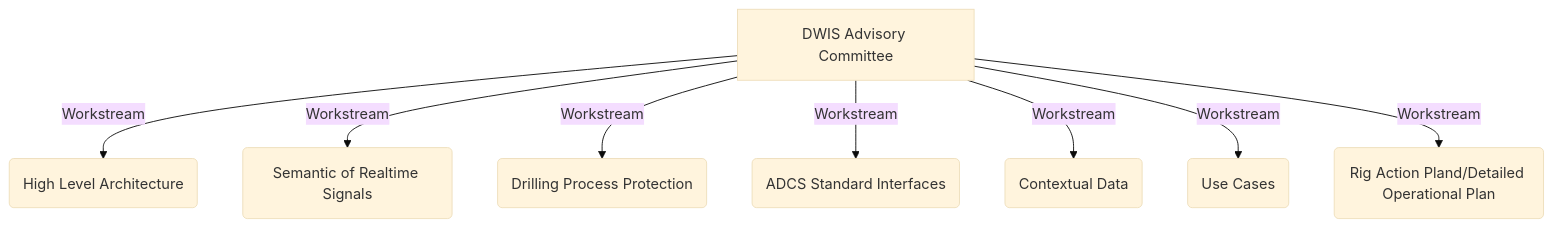
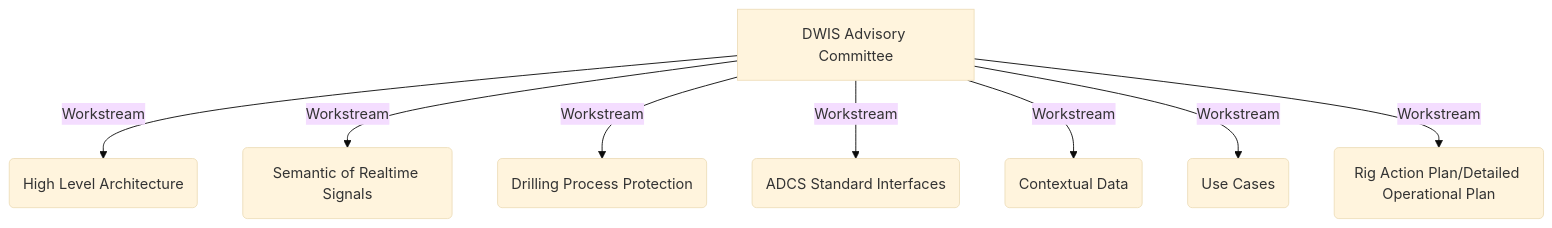
The diagram in profile/README.md (D-WIS/.github), drawn with Mermaid (base theme) before and after one commit. The commit also changed other lines of this file, not shown here.

````diff
--- a/profile/README.md
+++ b/profile/README.md
@@ -7,10 +9,10 @@
 ```mermaid
 flowchart TD
     A[DWIS Advisory Committee] -->|Workstream| B(High Level Architecture)
     A -->|Workstream| C(Semantic of Realtime Signals)
     A -->|Workstream| D(Drilling Process Protection)
     A -->|Workstream| E(ADCS Standard Interfaces)
     A -->|Workstream| F(Contextual Data)
     A -->|Workstream| G(Use Cases)
-    A -->|Workstream| I(Rig Action Pland/Detailed Operational Plan)
+    A -->|Workstream| I(Rig Action Plan/Detailed Operational Plan)
 ```
````
